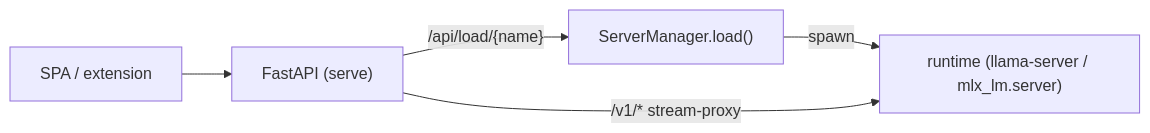
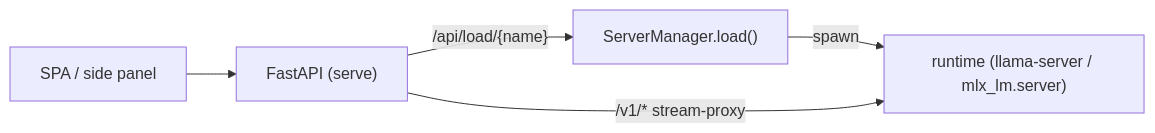
One commit to winterop-com/stabbur changed the diagram in docs/architecture.md. Above: the diagram before and after it, drawn with Mermaid. The commit also changed other lines of this file and 10 other files, not shown here.

````diff
--- a/docs/architecture.md
+++ b/docs/architecture.md
@@ -57,7 +57,7 @@
 ```mermaid
 flowchart LR
-    client["SPA / extension"] --> api["FastAPI (serve)"]
+    client["SPA / side panel"] --> api["FastAPI (serve)"]
     api -->|"/api/load/{name}"| mgr["ServerManager.load()"]
     mgr -->|spawn| rt["runtime (llama-server / mlx_lm.server)"]
     api -->|"/v1/* stream-proxy"| rt
 ```
````
